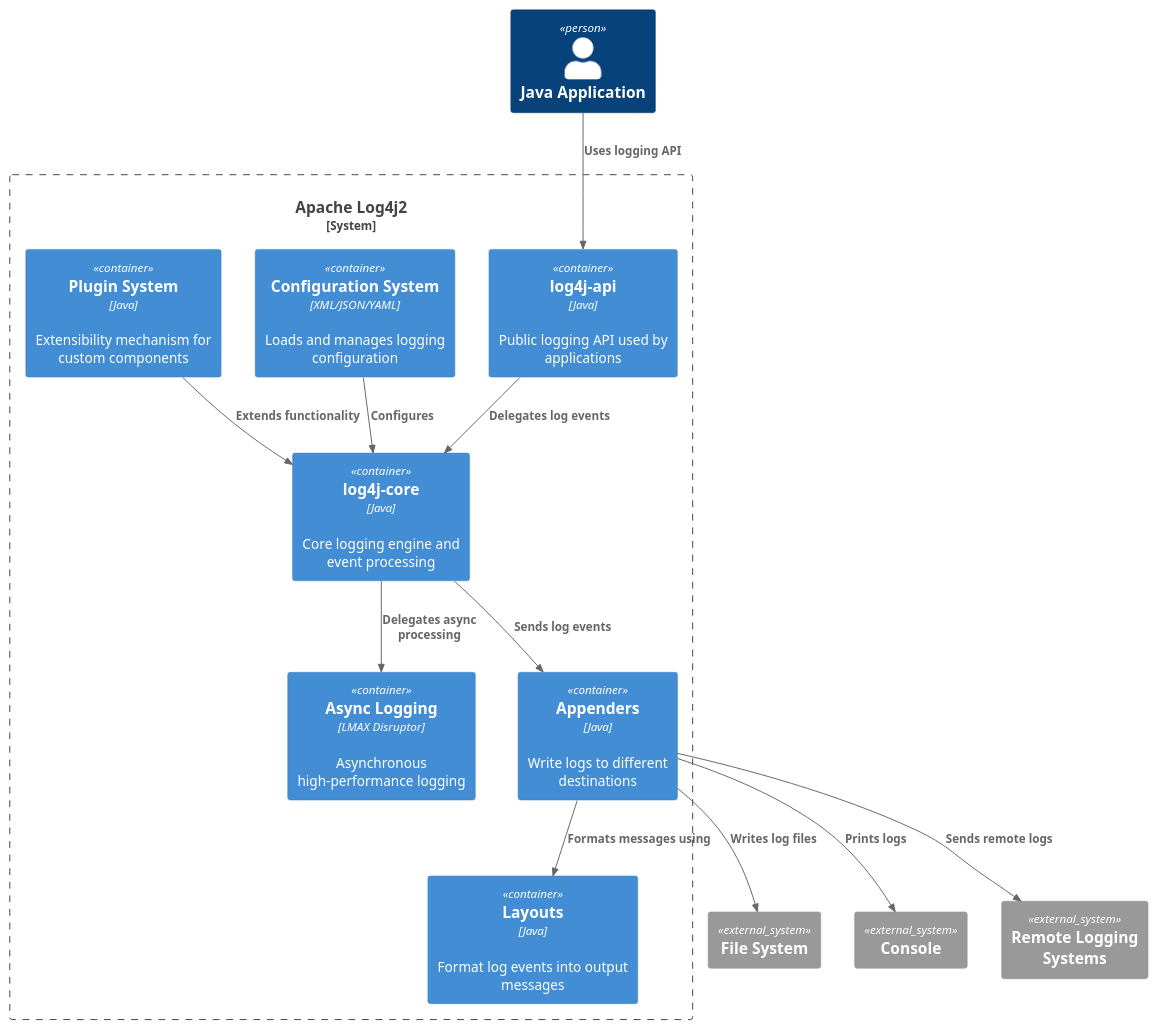
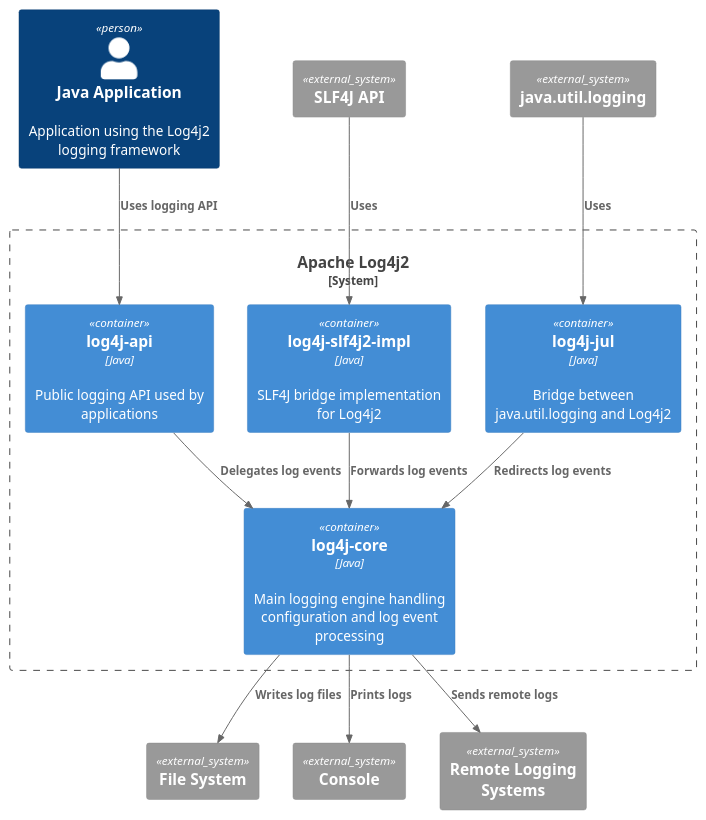
The diagram in architecture/container.puml (SDA-Group21/PROJECT), drawn with PlantUML before and after one commit. The commit also changed 3 other files, not shown here.

Commit message:
refactor C4 diagrams and architecture documentation

```diff
--- a/architecture/container.puml
+++ b/architecture/container.puml
@@ -1,50 +1,48 @@
 @startuml
 
 !include https://raw.githubusercontent.com/plantuml-stdlib/C4-PlantUML/master/C4_Container.puml
 
-Person(app, "Java Application")
+LAYOUT_TOP_DOWN()
+
+Person(app, "Java Application", "Application using the Log4j2 logging framework")
 
 System_Boundary(log4j2, "Apache Log4j2") {
 
     Container(api, "log4j-api", "Java", "Public logging API used by applications")
 
-    Container(core, "log4j-core", "Java", "Core logging engine and event processing")
+    Container(core, "log4j-core", "Java", "Main logging engine handling configuration and log event processing")
 
-    Container(config, "Configuration System", "XML/JSON/YAML", "Loads and manages logging configuration")
+    Container(slf4jBridge, "log4j-slf4j2-impl", "Java", "SLF4J bridge implementation for Log4j2")
 
-    Container(plugins, "Plugin System", "Java", "Extensibility mechanism for custom components")
-
-    Container(async, "Async Logging", "LMAX Disruptor", "Asynchronous high-performance logging")
-
-    Container(appenders, "Appenders", "Java", "Write logs to different destinations")
-
-    Container(layouts, "Layouts", "Java", "Format log events into output messages")
+    Container(julBridge, "log4j-jul", "Java", "Bridge between java.util.logging and Log4j2")
 }
 
 System_Ext(fs, "File System")
 
 System_Ext(console, "Console")
 
 System_Ext(remote, "Remote Logging Systems")
 
+System_Ext(slf4j, "SLF4J API")
+
+System_Ext(jul, "java.util.logging")
+
 Rel(app, api, "Uses logging API")
 
 Rel(api, core, "Delegates log events")
 
-Rel(config, core, "Configures")
+Rel(slf4j, slf4jBridge, "Uses")
 
-Rel(plugins, core, "Extends functionality")
+Rel(slf4jBridge, core, "Forwards log events")
 
-Rel(core, async, "Delegates async processing")
+Rel(jul, julBridge, "Uses")
 
-Rel(core, appenders, "Sends log events")
+Rel(julBridge, core, "Redirects log events")
 
-Rel(appenders, layouts, "Formats messages using")
+Rel(core, fs, "Writes log files")
 
-Rel(appenders, fs, "Writes log files")
+Rel(core, console, "Prints logs")
 
-Rel(appenders, console, "Prints logs")
-
-Rel(appenders, remote, "Sends remote logs")
+Rel(core, remote, "Sends remote logs")
 
 @enduml
```
